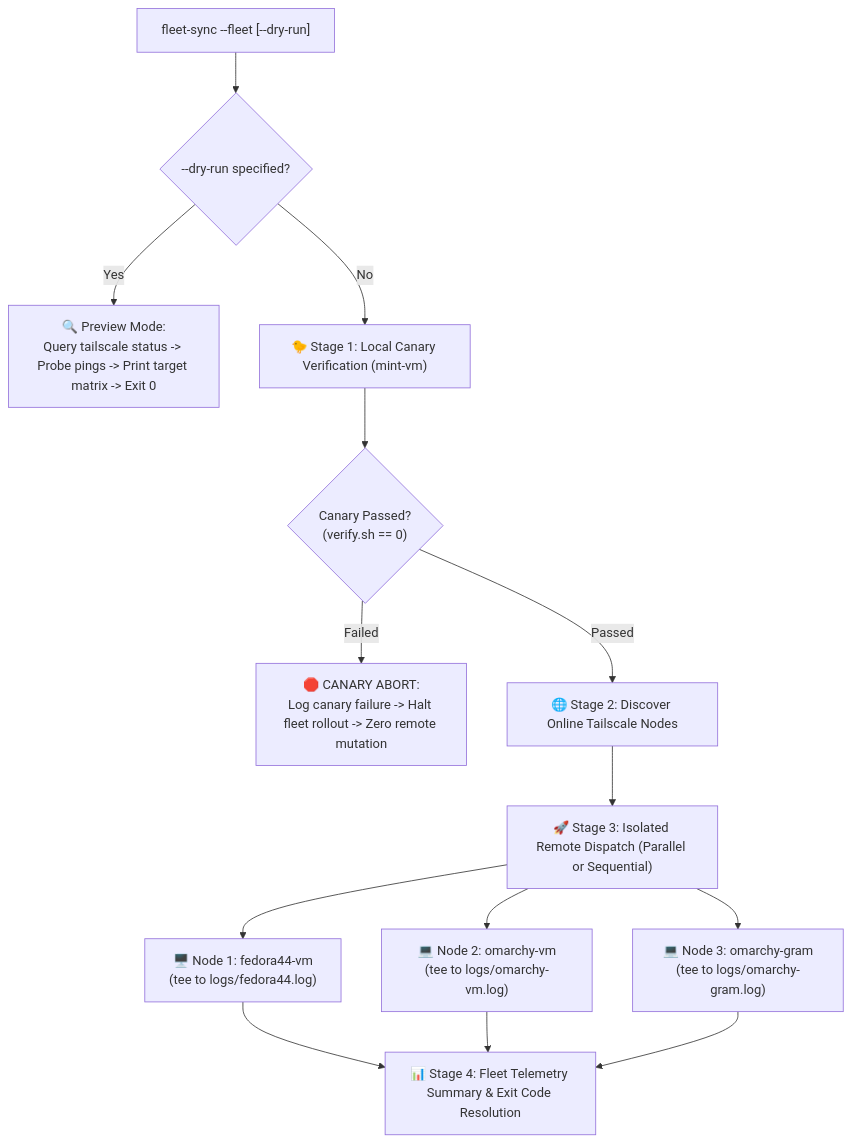
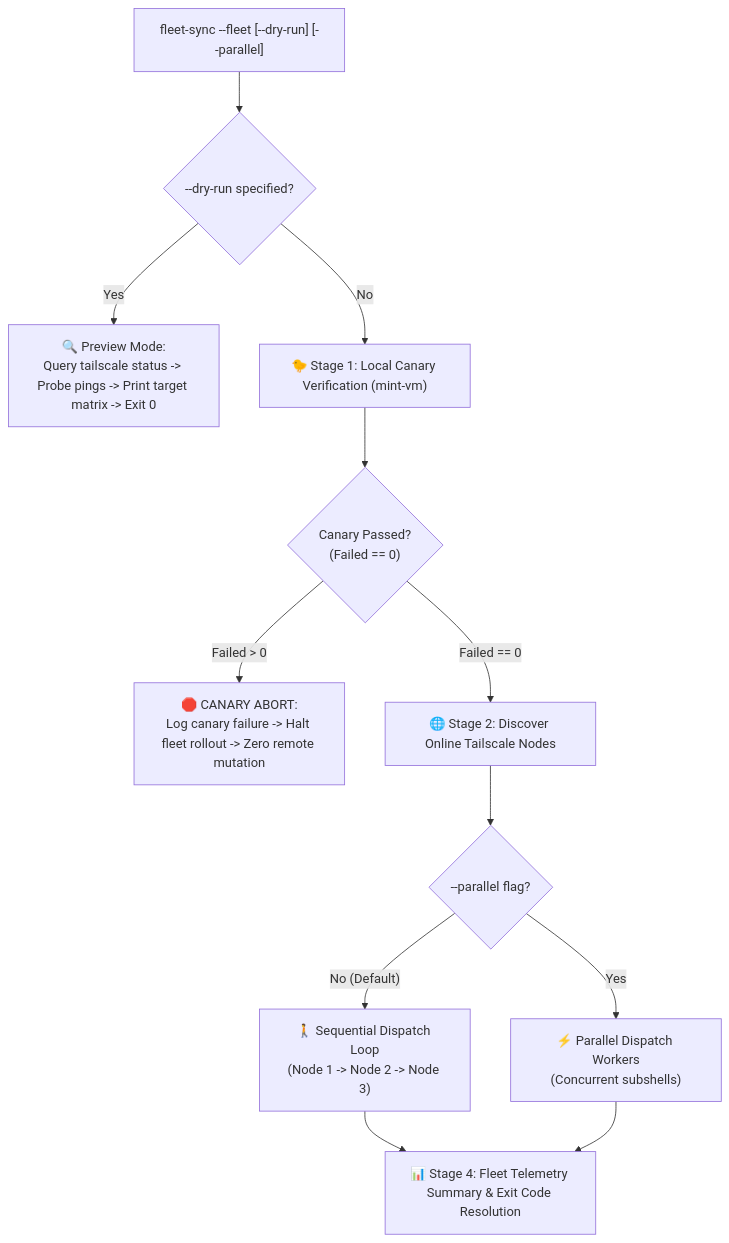
The diagram in .agents/artifacts/tailscale-fleet-dispatcher-design.md (oomaya/quickshell-oomaya), drawn with Mermaid before and after one commit. The commit also changed other lines of this file, not shown here.

Commit message:
docs(artifacts): amend phase 3 design with 0-failed gate, sequential default, and out-of-scope rollback

````diff
--- a/.agents/artifacts/tailscale-fleet-dispatcher-design.md
+++ b/.agents/artifacts/tailscale-fleet-dispatcher-design.md
@@ -36,16 +38,14 @@
 ```mermaid
 flowchart TD
-    A["fleet-sync --fleet [--dry-run]"] --> B{"--dry-run specified?"}
+    A["fleet-sync --fleet [--dry-run] [--parallel]"] --> B{"--dry-run specified?"}
     B -- Yes --> C["🔍 Preview Mode:\nQuery tailscale status -> Probe pings -> Print target matrix -> Exit 0"]
     B -- No --> D["🐤 Stage 1: Local Canary Verification (mint-vm)"]
-    D --> E{"Canary Passed?\n(verify.sh == 0)"}
-    E -- Failed --> F["🛑 CANARY ABORT:\nLog canary failure -> Halt fleet rollout -> Zero remote mutation"]
-    E -- Passed --> G["🌐 Stage 2: Discover Online Tailscale Nodes"]
-    G --> H["🚀 Stage 3: Isolated Remote Dispatch (Parallel or Sequential)"]
-    H --> I["🖥️ Node 1: fedora44-vm\n(tee to logs/fedora44.log)"]
-    H --> J["💻 Node 2: omarchy-vm\n(tee to logs/omarchy-vm.log)"]
-    H --> K["💻 Node 3: omarchy-gram\n(tee to logs/omarchy-gram.log)"]
-    I --> L["📊 Stage 4: Fleet Telemetry Summary & Exit Code Resolution"]
-    J --> L
-    K --> L
+    D --> E{"Canary Passed?\n(Failed == 0)"}
+    E -- Failed > 0 --> F["🛑 CANARY ABORT:\nLog canary failure -> Halt fleet rollout -> Zero remote mutation"]
+    E -- Failed == 0 --> G["🌐 Stage 2: Discover Online Tailscale Nodes"]
+    G --> H{"--parallel flag?"}
+    H -- No (Default) --> I["🚶 Sequential Dispatch Loop\n(Node 1 -> Node 2 -> Node 3)"]
+    H -- Yes --> J["⚡ Parallel Dispatch Workers\n(Concurrent subshells)"]
+    I --> K["📊 Stage 4: Fleet Telemetry Summary & Exit Code Resolution"]
+    J --> K
 ```
````
